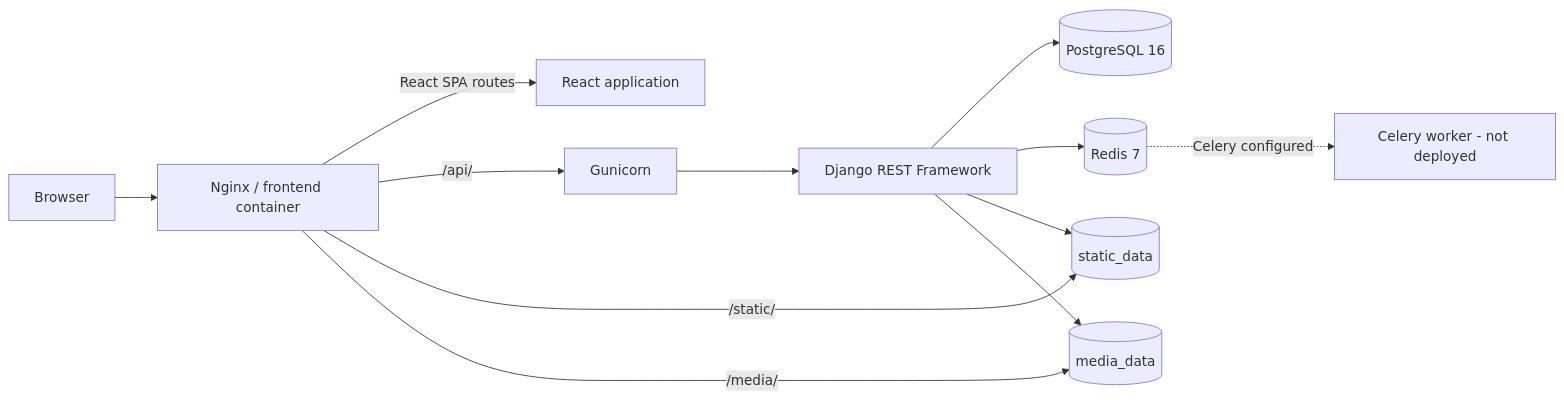
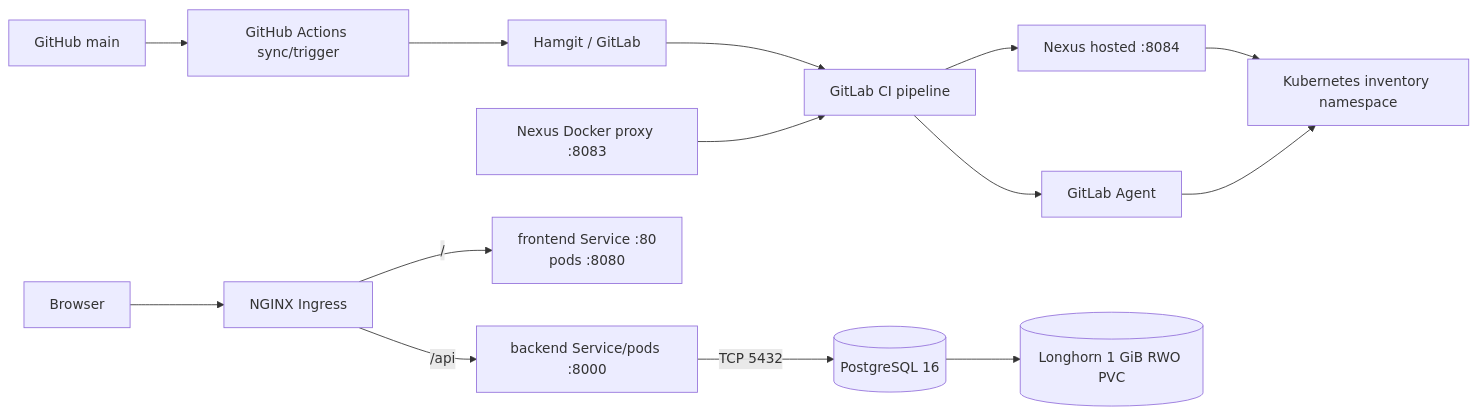
The first of 2 diagrams in docs/architecture.md (Mamaarsh/cloud-native-inventory-platform), drawn with Mermaid before and after one commit. The commit also changed other lines of this file and 5 other files, not shown here.

````diff
--- a/docs/architecture.md
+++ b/docs/architecture.md
@@ -9,14 +9,17 @@
 ```mermaid
 flowchart LR
-    Browser[Browser] --> Nginx[Nginx / frontend container]
-    Nginx -->|React SPA routes| SPA[React application]
-    Nginx -->|/api/| Gunicorn[Gunicorn]
-    Gunicorn --> Django[Django REST Framework]
-    Django --> PostgreSQL[(PostgreSQL 16)]
-    Django --> Redis[(Redis 7)]
-    Nginx -->|/static/| Static[(static_data)]
-    Nginx -->|/media/| Media[(media_data)]
-    Django --> Static
-    Django --> Media
-    Redis -. Celery configured .-> Worker[Celery worker - not deployed]
+    GitHub[GitHub main] --> GHA[GitHub Actions sync/trigger]
+    GHA --> Hamgit[Hamgit / GitLab]
+    Hamgit --> Pipeline[GitLab CI pipeline]
+    Proxy[Nexus Docker proxy :8083] --> Pipeline
+    Pipeline --> Hosted[Nexus hosted :8084]
+    Pipeline --> Agent[GitLab Agent]
+    Hosted --> Cluster[Kubernetes inventory namespace]
+    Agent --> Cluster
+
+    Browser[Browser] --> Ingress[NGINX Ingress]
+    Ingress -->|/| Frontend[frontend Service :80<br/>pods :8080]
+    Ingress -->|/api| Backend[backend Service/pods :8000]
+    Backend -->|TCP 5432| PostgreSQL[(PostgreSQL 16)]
+    PostgreSQL --> Longhorn[(Longhorn 1 GiB RWO PVC)]
 ```
````
